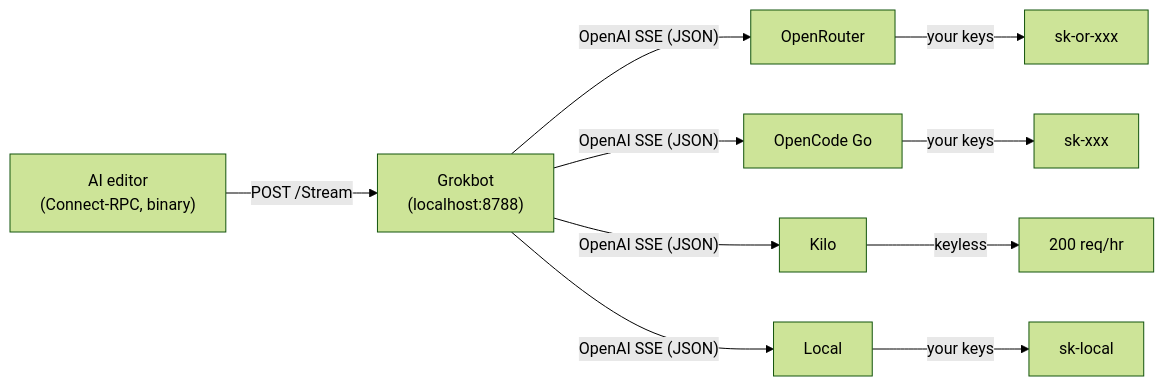
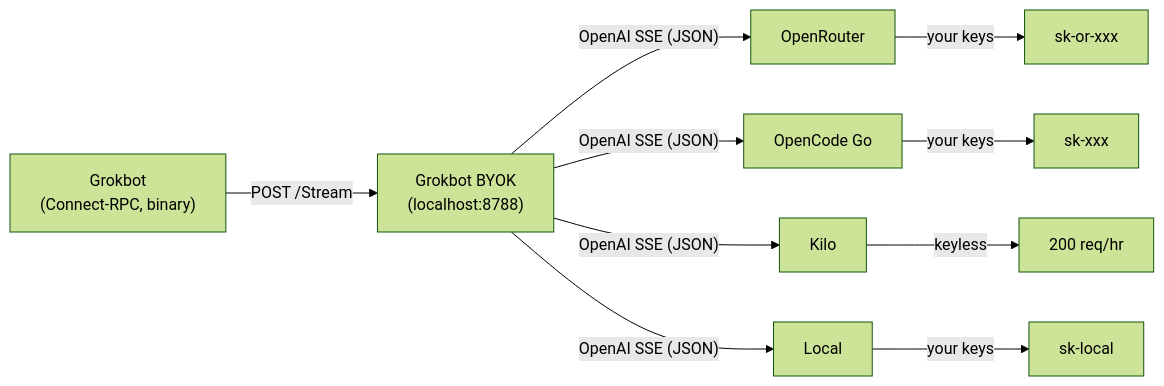
One commit to jroth1111/grokbot-BYOK changed the first of 3 diagrams in README.md. Above: the diagram before and after it, drawn with Mermaid (forest theme). The commit also changed other lines of this file, not shown here.

First line of the commit message:
Clarify Grokbot (editor) vs Grokbot BYOK (this project) throughout README

````diff
--- a/README.md
+++ b/README.md
@@ -58,12 +58,12 @@
 ```mermaid
 graph LR
-    Editor["AI editor<br/>(Connect-RPC, binary)"] -->|"POST /Stream"| Grokbot
-    Grokbot["Grokbot<br/>(localhost:8788)"] -->|"OpenAI SSE (JSON)"| Provider1["OpenRouter"]
-    Grokbot -->|"OpenAI SSE (JSON)"| Provider2["OpenCode Go"]
-    Grokbot -->|"OpenAI SSE (JSON)"| Provider3["Kilo"]
-    Grokbot -->|"OpenAI SSE (JSON)"| Provider4["Local"]
+    Grokbot["Grokbot<br/>(Connect-RPC, binary)"] -->|"POST /Stream"| BYOK
+    BYOK["Grokbot BYOK<br/>(localhost:8788)"] -->|"OpenAI SSE (JSON)"| Provider1["OpenRouter"]
+    BYOK -->|"OpenAI SSE (JSON)"| Provider2["OpenCode Go"]
+    BYOK -->|"OpenAI SSE (JSON)"| Provider3["Kilo"]
+    BYOK -->|"OpenAI SSE (JSON)"| Provider4["Local"]
     Provider1 -->|"your keys"| Keys1["sk-or-xxx"]
     Provider2 -->|"your keys"| Keys2["sk-xxx"]
     Provider3 -->|"keyless"| Keys3["200 req/hr"]
     Provider4 -->|"your keys"| Keys4["sk-local"]
 ```
````
